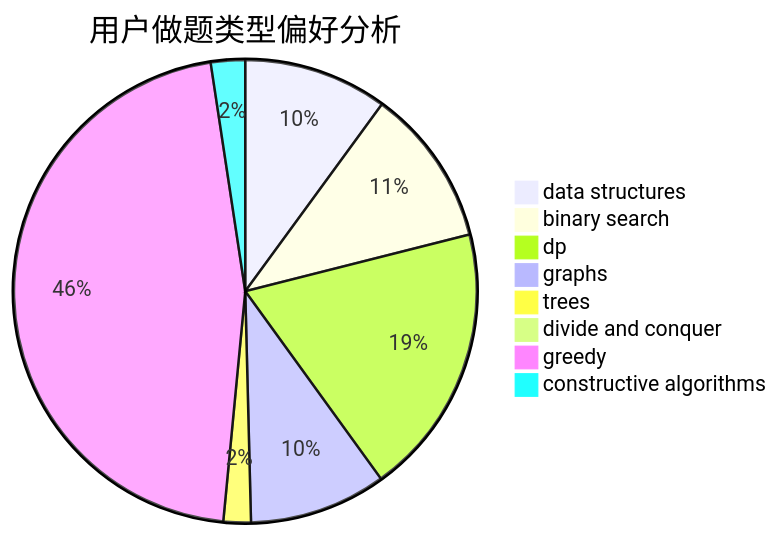
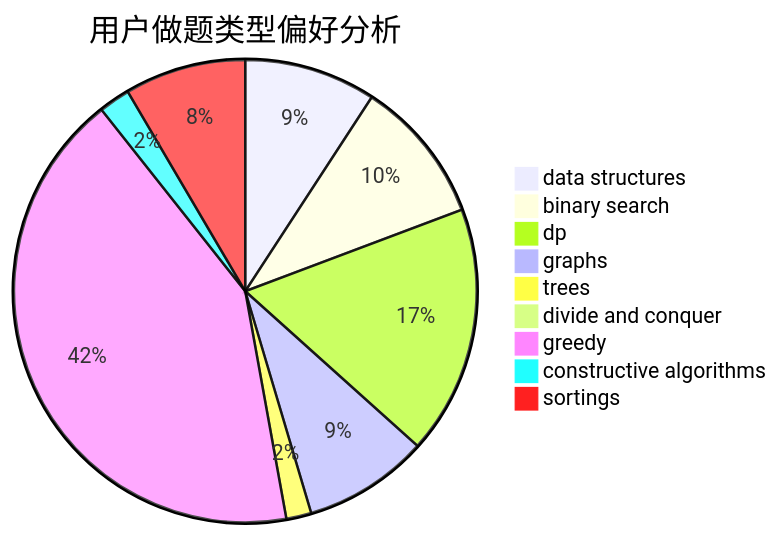
Before and after one commit to sherpahu/cfrs.github.io: the second of 3 diagrams in docs/user/u622.md, drawn with Mermaid. The commit also changed other lines of this file and 2769 other files, not shown here.

````diff
--- a/docs/user/u622.md
+++ b/docs/user/u622.md
@@ -23,11 +18,12 @@
 ```mermaid
 pie title 用户做题类型偏好分析
     "data structures" :  63
     "binary search" :  69
     "dp" :  119
     "graphs" :  60
     "trees" :  12
     "divide and conquer" :  3
     "greedy" :  289
     "constructive algorithms" :  15
+    "sortings" :  58
 ```
````
